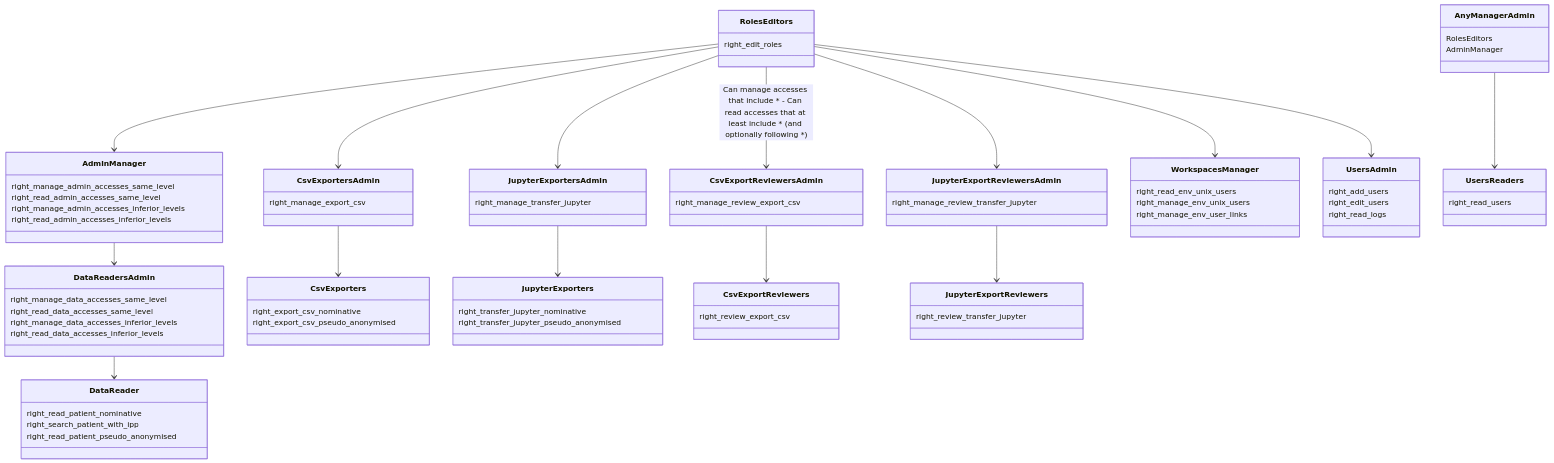
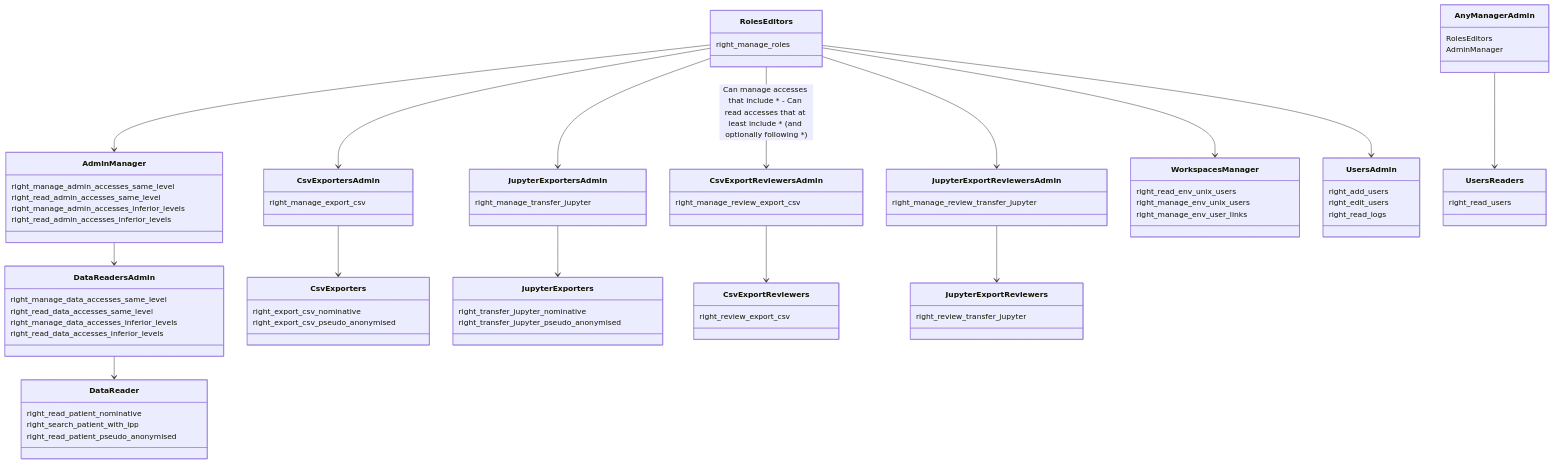
One commit to aphp/Cohort360-Back-end changed the first of 17 diagrams in accesses/rights_schema.md. Above: the diagram before and after it, drawn with Mermaid. The commit also changed other lines of this file and 31 other files, not shown here.

````diff
--- a/accesses/rights_schema.md
+++ b/accesses/rights_schema.md
@@ -1,82 +1,82 @@
 ```mermaid
 classDiagram
 class RolesEditors {
-  right_edit_roles
+  right_manage_roles
 }
 class AdminManager {
   right_manage_admin_accesses_same_level
   right_read_admin_accesses_same_level
   right_manage_admin_accesses_inferior_levels
   right_read_admin_accesses_inferior_levels
 }
 class DataReadersAdmin {
   right_manage_data_accesses_same_level
   right_read_data_accesses_same_level
   right_manage_data_accesses_inferior_levels
   right_read_data_accesses_inferior_levels
 }
 class DataReader {
   right_read_patient_nominative
   right_search_patient_with_ipp
   right_read_patient_pseudo_anonymised
 }
 class CsvExportersAdmin {
   right_manage_export_csv
 }
 class JupyterExportersAdmin {
   right_manage_transfer_jupyter
 }
 class CsvExporters {
   right_export_csv_nominative
   right_export_csv_pseudo_anonymised
 }
 class JupyterExporters {
   right_transfer_jupyter_nominative
   right_transfer_jupyter_pseudo_anonymised
 }
 class CsvExportReviewersAdmin {
   right_manage_review_export_csv
 }
 class JupyterExportReviewersAdmin {
   right_manage_review_transfer_jupyter
 }
 class CsvExportReviewers {
   right_review_export_csv
 }
 class JupyterExportReviewers {
   right_review_transfer_jupyter
 }
 class WorkspacesManager {
   right_read_env_unix_users
   right_manage_env_unix_users
   right_manage_env_user_links
 }
 class UsersAdmin {
   right_add_users
   right_edit_users
   right_read_logs
 }
 RolesEditors --> AdminManager
 RolesEditors --> UsersAdmin
 AdminManager --> DataReadersAdmin
 DataReadersAdmin --> DataReader
 
 RolesEditors --> CsvExportersAdmin
 RolesEditors --> JupyterExportersAdmin
 CsvExportersAdmin --> CsvExporters
 JupyterExportersAdmin --> JupyterExporters
 
 RolesEditors --> CsvExportReviewersAdmin : Can manage accesses that include * - Can read accesses that at least include * (and optionally following *)
 RolesEditors --> JupyterExportReviewersAdmin
 CsvExportReviewersAdmin --> CsvExportReviewers
 JupyterExportReviewersAdmin --> JupyterExportReviewers
 
 RolesEditors --> WorkspacesManager
 
 class AnyManagerAdmin {
   RolesEditors
   AdminManager
 }
 AnyManagerAdmin --> UsersReaders
 UsersReaders : right_read_users
 ```
````
